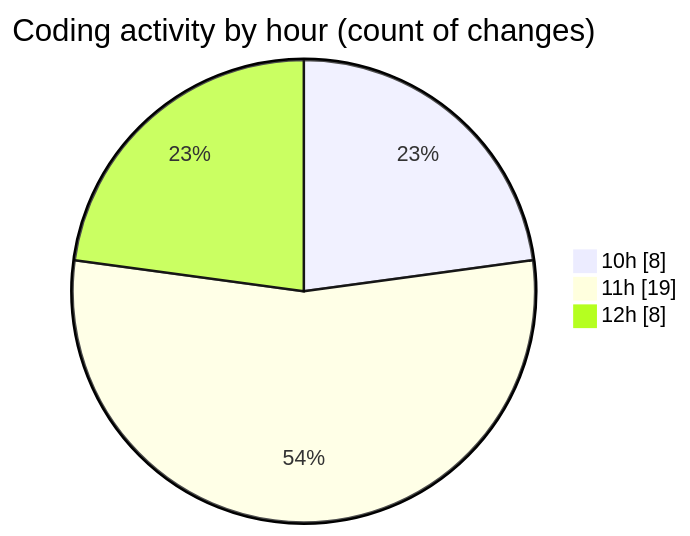
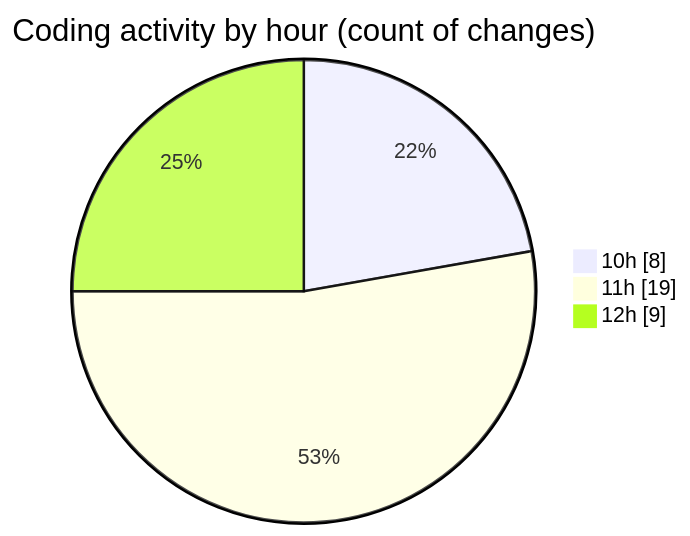
The second of 2 diagrams in 2025-10-16/nxtqube_webapp/README.md (nxtqubesakshisongat/code-tracking), drawn with Mermaid before and after one commit. The commit also changed other lines of this file and 1 other file, not shown here.

````diff
--- a/2025-10-16/nxtqube_webapp/README.md
+++ b/2025-10-16/nxtqube_webapp/README.md
@@ -28,7 +28,7 @@
 ```mermaid
 pie showData
 title Coding activity by hour (count of changes)
 "10h" : 8
 "11h" : 19
-"12h" : 8
+"12h" : 9
 ```
````
